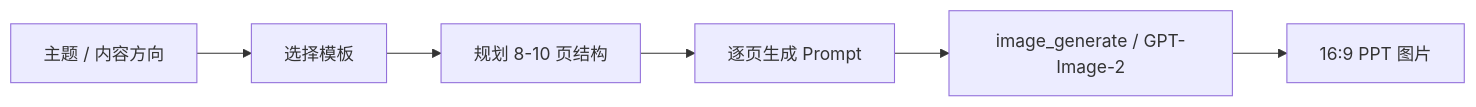
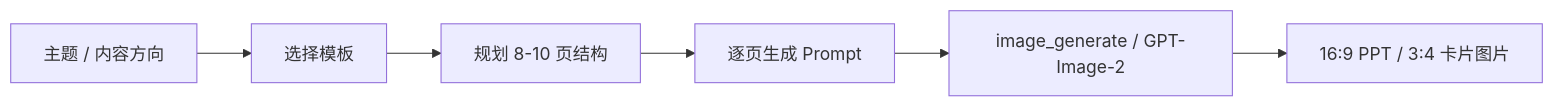
Before and after one commit to dracohu2025-cloud/draco-skills-collection: the diagram in gpt-image-2-paper-ppt-images/README.md, drawn with Mermaid. The commit also changed other lines of this file and 5 other files, not shown here.

````diff
--- a/gpt-image-2-paper-ppt-images/README.md
+++ b/gpt-image-2-paper-ppt-images/README.md
@@ -28,8 +28,8 @@
 ```mermaid
 flowchart LR
   A[主题 / 内容方向] --> B[选择模板]
   B --> C[规划 8-10 页结构]
   C --> D[逐页生成 Prompt]
   D --> E[image_generate / GPT-Image-2]
-  E --> F[16:9 PPT 图片]
+  E --> F[16:9 PPT / 3:4 卡片图片]
 ```
````
